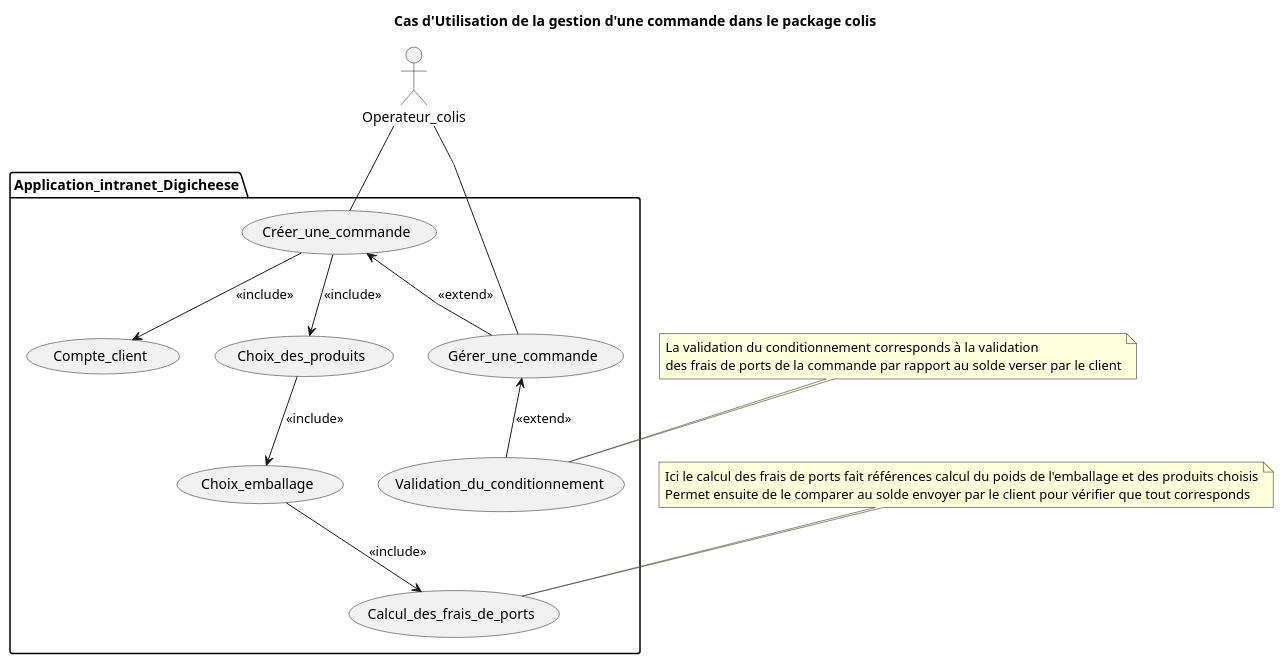
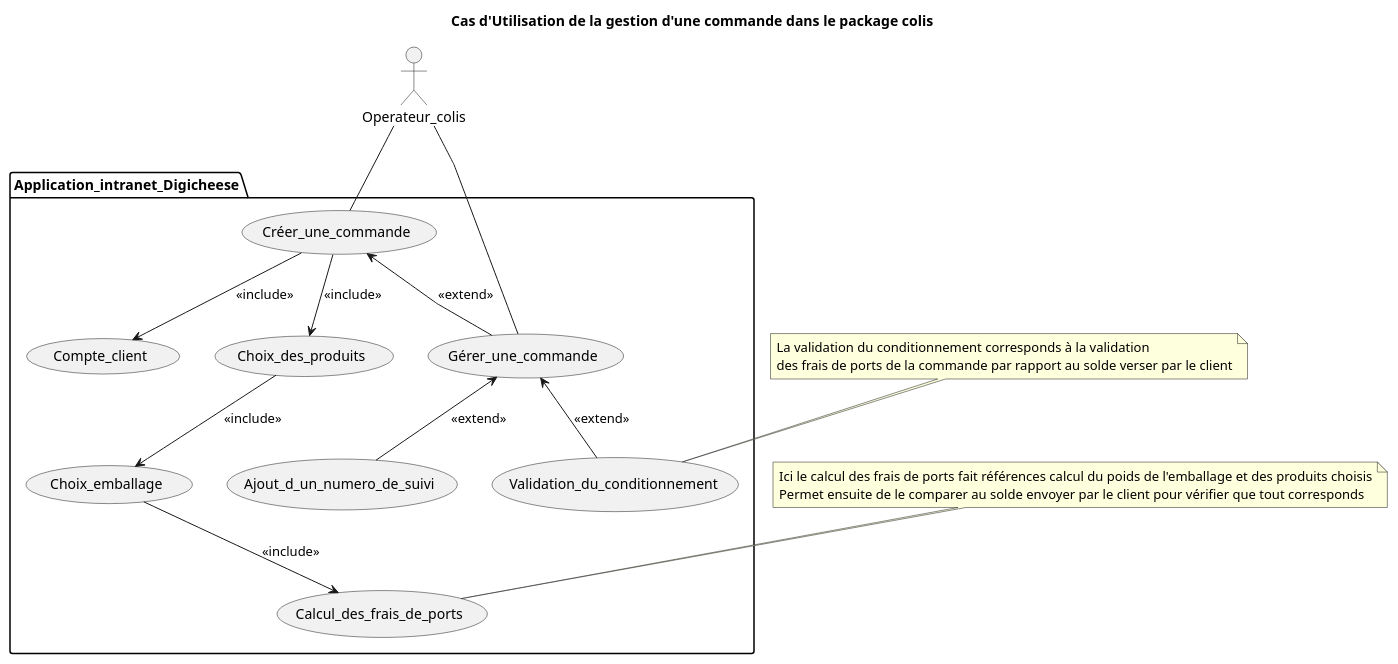
One commit to Bluwen/Conception_d_une_application_informatique changed the diagram in Cas_d_utilisation/Cas_utilisation_colis.puml. Above: the diagram before and after it, drawn with PlantUML. The commit also changed 2 other files, not shown here.

Commit message:
Ajout du cas d'utilisation du compte client

```diff
--- a/Cas_d_utilisation/Cas_utilisation_colis.puml
+++ b/Cas_d_utilisation/Cas_utilisation_colis.puml
@@ -1,40 +1,43 @@
 @startuml Cas_utilisation_colis
 'left to right direction
 skinparam linetype polyline
 
 actor Operateur_colis
 
 package Application_intranet_Digicheese {
     usecase Compte_client
 
     usecase Créer_une_commande
     usecase Gérer_une_commande
 
     usecase Choix_des_produits
     usecase Choix_emballage
 
     usecase Calcul_des_frais_de_ports
     usecase Validation_du_conditionnement
+
+    usecase Ajout_d_un_numero_de_suivi
 }
 
 Operateur_colis -- Créer_une_commande
 Operateur_colis -- Gérer_une_commande
 
 
 Créer_une_commande --> Compte_client : <<include>>
 Créer_une_commande --> Choix_des_produits : <<include>>
 Choix_des_produits --> Choix_emballage : <<include>>
 Choix_emballage --> Calcul_des_frais_de_ports : <<include>>
 
 Créer_une_commande <-- Gérer_une_commande : <<extend>>
 
 Gérer_une_commande <-- Validation_du_conditionnement : <<extend>>
+Gérer_une_commande <-- Ajout_d_un_numero_de_suivi : <<extend>>
 
 note "Ici le calcul des frais de ports fait références calcul du poids de l'emballage et des produits choisis\nPermet ensuite de le comparer au solde envoyer par le client pour vérifier que tout corresponds" as N1
 note "La validation du conditionnement corresponds à la validation\ndes frais de ports de la commande par rapport au solde verser par le client" as N2
 
 N1 .. Calcul_des_frais_de_ports
 N2 .. Validation_du_conditionnement
 
 title Cas d'Utilisation de la gestion d'une commande dans le package colis
 @enduml
```
